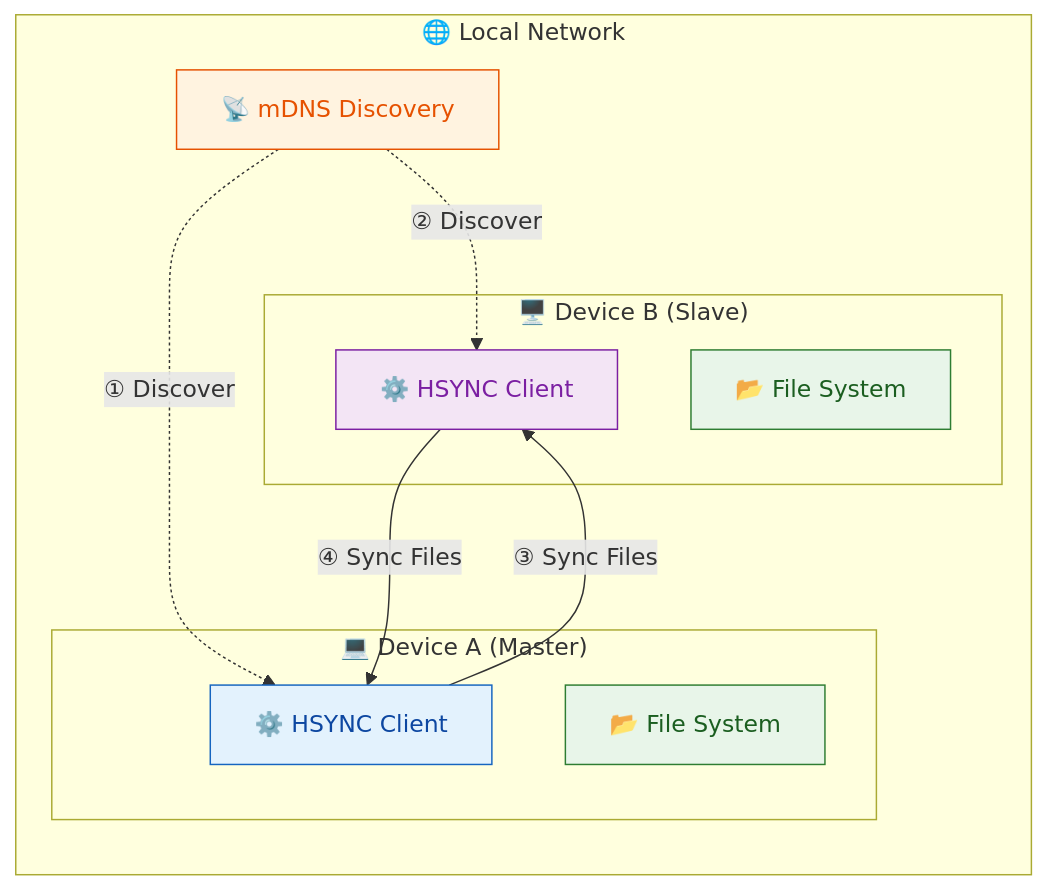
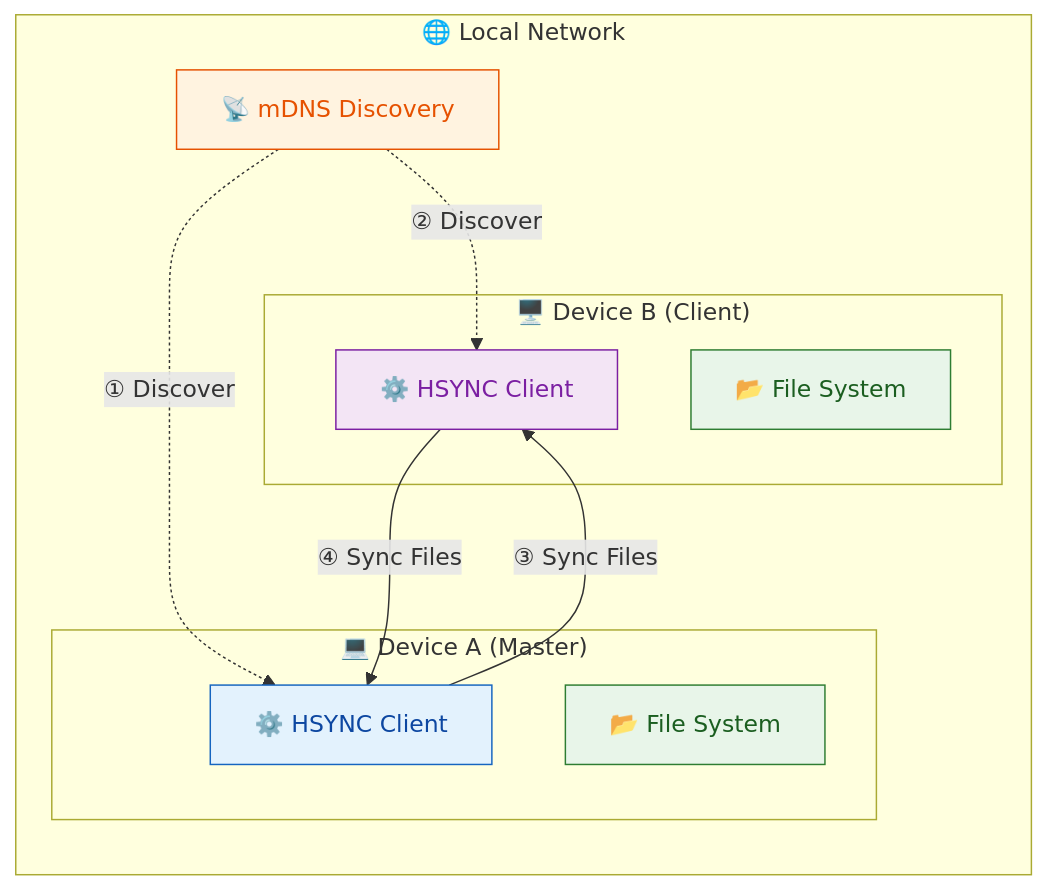
The second of 2 diagrams in README.md (albertsdk/hsync-client), drawn with Mermaid before and after one commit. The commit also changed other lines of this file and 12 other files, not shown here.

Commit message:
Refactor terminology: user-friendly GUI terms, slave->client

````diff
--- a/README.md
+++ b/README.md
@@ -63,27 +63,27 @@
 ```mermaid
 flowchart LR
     subgraph LAN["🌐 Local Network"]
         subgraph DeviceA["💻 Device A (Master)"]
             FSAA["📂 File System"]
             CAA["⚙️ HSYNC Client"]
         end
 
-        subgraph DeviceB["🖥️ Device B (Slave)"]
+        subgraph DeviceB["🖥️ Device B (Client)"]
             CAB["⚙️ HSYNC Client"]
             FSAB["📂 File System"]
         end
 
         mDNS["📡 mDNS Discovery"]
     end
 
     mDNS -.->|"① Discover"| CAA
     mDNS -.->|"② Discover"| CAB
     CAA -->|"③ Sync Files"| CAB
     CAB -->|"④ Sync Files"| CAA
 
     style FSAA fill:#e8f5e9,stroke:#2e7d32,color:#1b5e20
     style CAA fill:#e3f2fd,stroke:#1565c0,color:#0d47a1
     style CAB fill:#f3e5f5,stroke:#7b1fa2,color:#7b1fa2
     style FSAB fill:#e8f5e9,stroke:#2e7d32,color:#1b5e20
     style mDNS fill:#fff3e0,stroke:#e65100,color:#e65100
 ```
````
